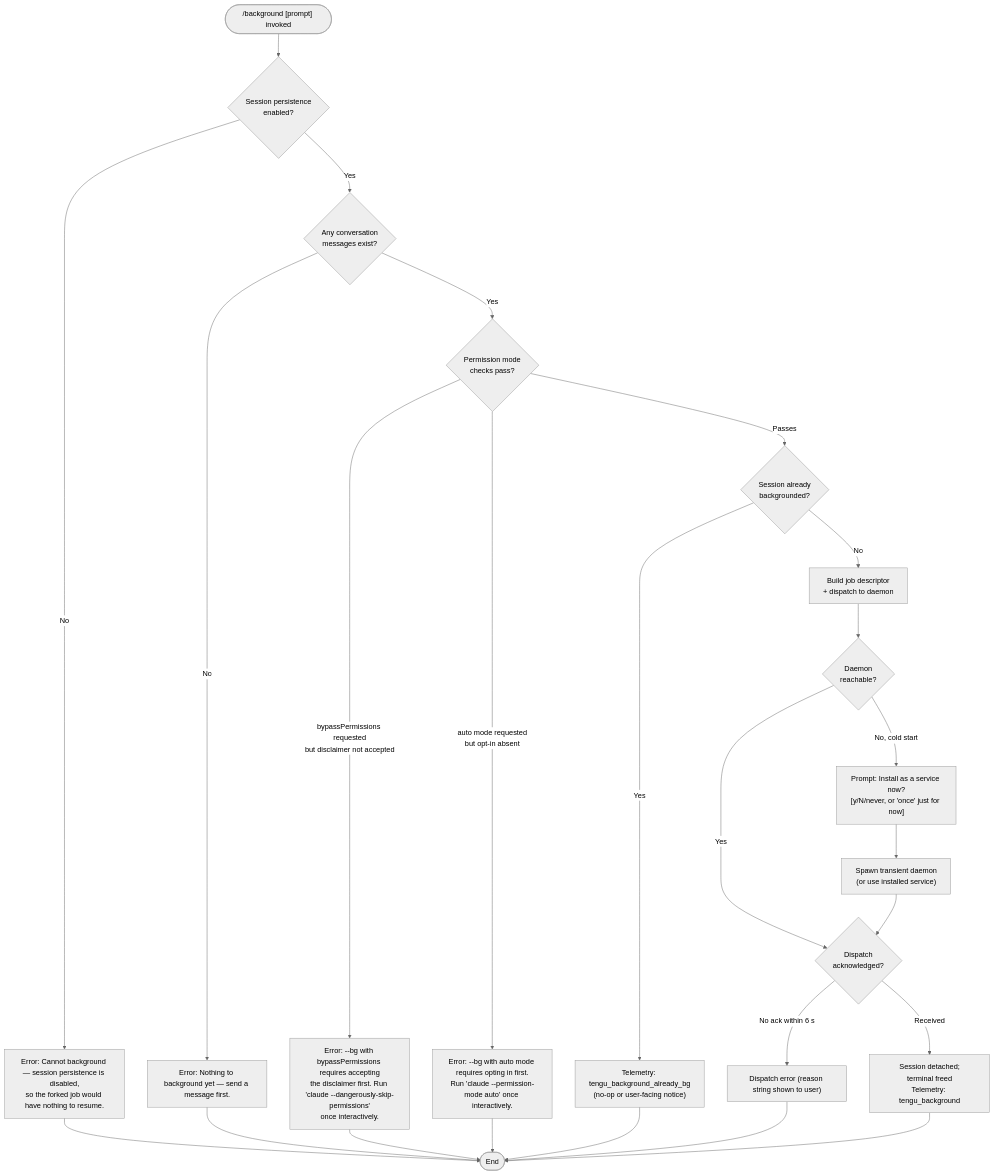
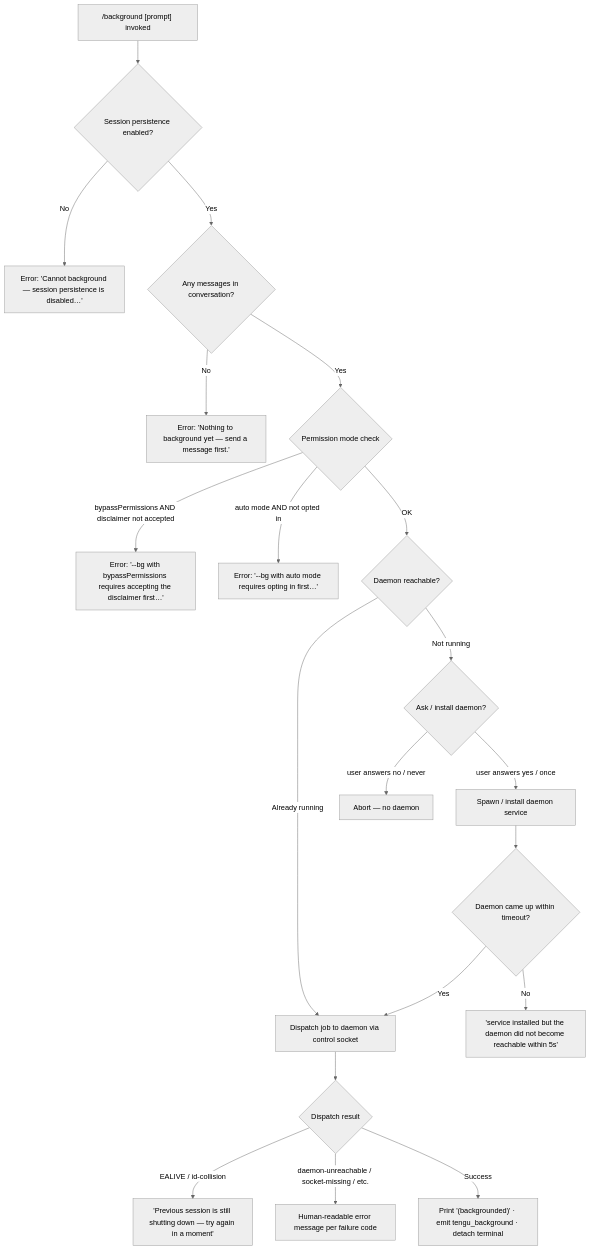
The diagram in versions/v2.1.143/background.md (MyLittleLuckyDog/cc-gnothi), drawn with Mermaid (neutral theme) before and after one commit. The commit also changed other lines of this file and 483 other files, not shown here.

````diff
--- a/versions/v2.1.143/background.md
+++ b/versions/v2.1.143/background.md
@@ -48,27 +57,22 @@
 ```mermaid
 flowchart TD
-    START(["/background [prompt] invoked"]) --> G1{Session persistence\nenabled?}
-    G1 -- No --> E1["Error: Cannot background — session persistence is disabled,\nso the forked job would have nothing to resume."]
-    G1 -- Yes --> G2{Any conversation\nmessages exist?}
-    G2 -- No --> E2["Error: Nothing to background yet — send a message first."]
-    G2 -- Yes --> G3{Permission mode\nchecks pass?}
-    G3 -- bypassPermissions requested\nbut disclaimer not accepted --> E3["Error: --bg with bypassPermissions requires accepting\nthe disclaimer first. Run 'claude --dangerously-skip-permissions'\nonce interactively."]
-    G3 -- auto mode requested\nbut opt-in absent --> E4["Error: --bg with auto mode requires opting in first.\nRun 'claude --permission-mode auto' once interactively."]
-    G3 -- Passes --> G4{Session already\nbackgrounded?}
-    G4 -- Yes --> E5["Telemetry: tengu_background_already_bg\n(no-op or user-facing notice)"]
-    G4 -- No --> DISPATCH["Build job descriptor\n+ dispatch to daemon"]
-    DISPATCH --> DAEMON{Daemon\nreachable?}
-    DAEMON -- Yes --> ACK{Dispatch\nacknowledged?}
-    DAEMON -- No, cold start --> COLD["Prompt: Install as a service now?\n[y/N/never, or 'once' just for now]"]
-    COLD --> SPAWN["Spawn transient daemon\n(or use installed service)"]
-    SPAWN --> ACK
-    ACK -- No ack within 6 s --> E6["Dispatch error (reason string shown to user)"]
-    ACK -- Received --> SUCCESS["Session detached;\nterminal freed\nTelemetry: tengu_background"]
-    E1 --> END([End])
-    E2 --> END
-    E3 --> END
-    E4 --> END
-    E5 --> END
-    E6 --> END
-    SUCCESS --> END
+    A["/background [prompt] invoked"] --> B{Session persistence enabled?}
+    B -- No --> ERR1["Error: 'Cannot background — session persistence is disabled…'"]
+    B -- Yes --> C{Any messages in conversation?}
+    C -- No --> ERR2["Error: 'Nothing to background yet — send a message first.'"]
+    C -- Yes --> D{Permission mode check}
+    D -- bypassPermissions AND disclaimer not accepted --> ERR3["Error: '--bg with bypassPermissions requires accepting the disclaimer first…'"]
+    D -- auto mode AND not opted in --> ERR4["Error: '--bg with auto mode requires opting in first…'"]
+    D -- OK --> E{Daemon reachable?}
+    E -- Already running --> F[Dispatch job to daemon via control socket]
+    E -- Not running --> G{Ask / install daemon?}
+    G -- user answers yes / once --> H[Spawn / install daemon service]
+    G -- user answers no / never --> ERR5["Abort — no daemon"]
+    H --> I{Daemon came up within timeout?}
+    I -- No --> ERR6["'service installed but the daemon did not become reachable within 5s'"]
+    I -- Yes --> F
+    F --> J{Dispatch result}
+    J -- EALIVE / id-collision --> ERR7["'Previous session is still shutting down — try again in a moment'"]
+    J -- daemon-unreachable / socket-missing / etc. --> ERR8["Human-readable error message per failure code"]
+    J -- Success --> K["Print '(backgrounded)' · emit tengu_background · detach terminal"]
 ```
````
